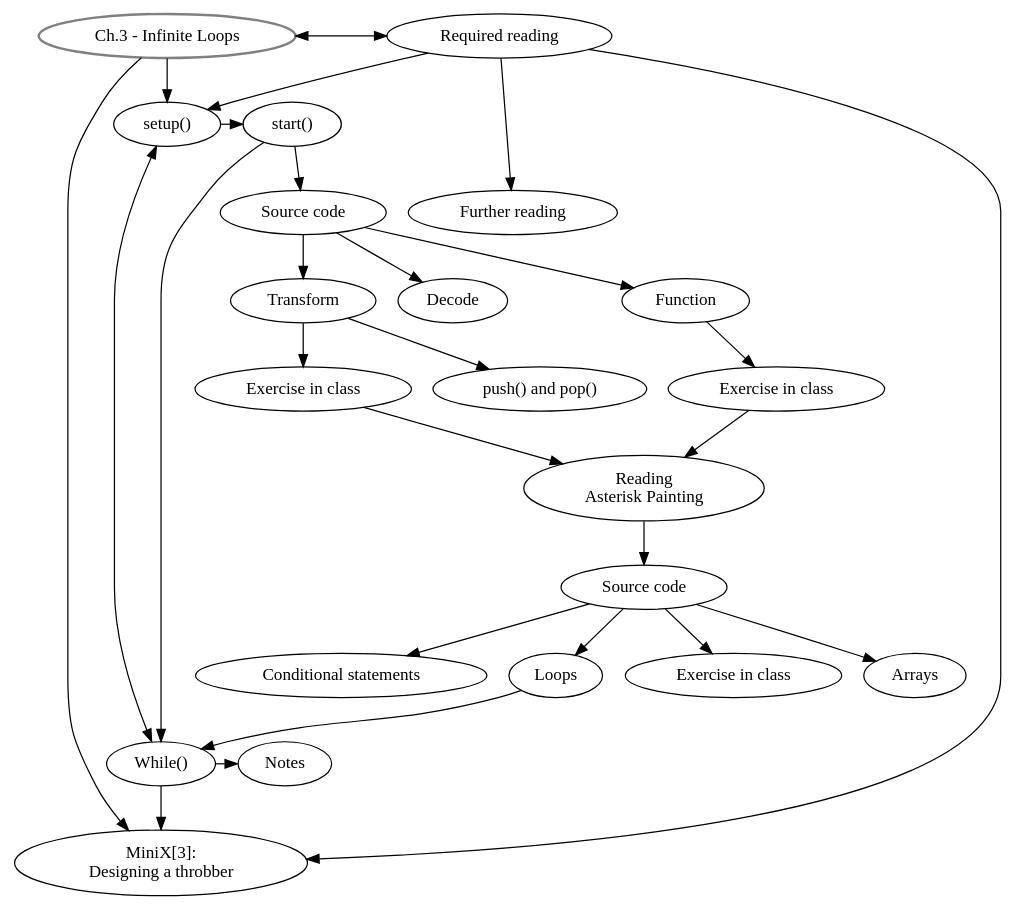
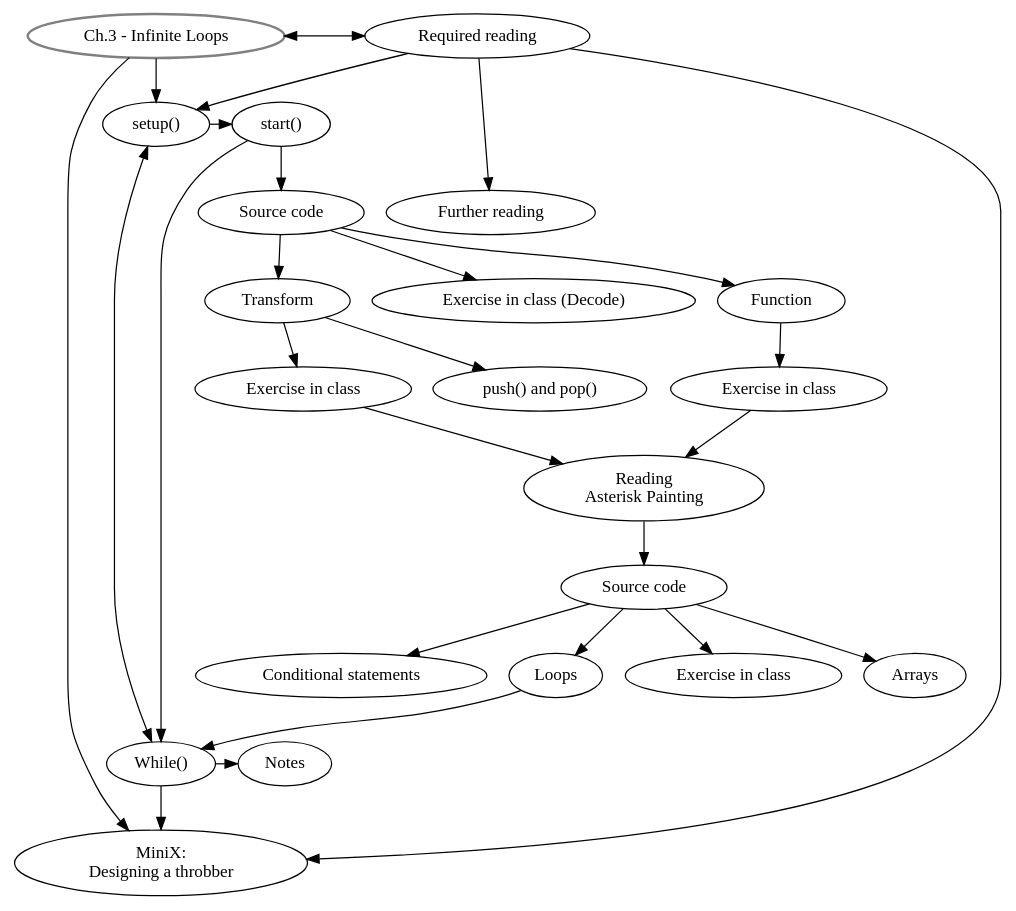
The diagram in graphviz/AP_ch3.dot (danbz/aesthetic-programming), drawn with Graphviz before and after one commit. The commit also changed 24 other files, not shown here.

Commit message:
update all graph_vis

```diff
--- a/graphviz/AP_ch3.dot
+++ b/graphviz/AP_ch3.dot
@@ -1,52 +1,52 @@
 digraph G {
 //labels
 GS [
 label="Ch.3 - Infinite Loops",
 style=bold,
 color=grey,
 ]
 
 SU [label="setup()"]
 ST [label="start()"]
-DE [label="Decode"]
+DE [label="Exercise in class (Decode)"]
 SC [label="Source code"]
 FN [label="Function"]
 EiC [label="Exercise in class"]
 TR [label="Transform"]
 PP [label="push() and pop()"]
 EiC2 [label="Exercise in class"]
 AP [label="Reading \nAsterisk Painting"]
 SC2 [label="Source code"]
 EiC3 [label="Exercise in class"]
 AR [label="Arrays"]
 CS [label="Conditional statements"]
 LO [label="Loops"]
 MW [label="While()"]
-MX [label="MiniX[3]: \nDesigning a throbber"]
+MX [label="MiniX: \nDesigning a throbber"]
 RR [label="Required reading"]
 FR [label="Further reading"]
 Notes [label="Notes"]
 
 //rank
 {rank = same; SU, ST}
 {rank = same; RR, GS}
 {rank = same; MW, Notes}
 {rank = same; FR, SC}
 
 //graph
 GS -> SU -> ST -> SC -> DE;
 GS -> RR[dir=both, minlen=3];
 SU -> MW [dir=both];
 GS -> MX;
 RR -> MX, SU;
 SC -> FN -> EiC;
 TR->PP;
 SC -> TR -> EiC2;
 EiC, EiC2 -> AP -> SC2 -> EiC3
 SC2 -> AR;
 SC2 -> CS;
 SC2 -> LO;
 ST, LO -> MW -> Notes;
 MW -> MX;
 RR -> FR;
 }
```
